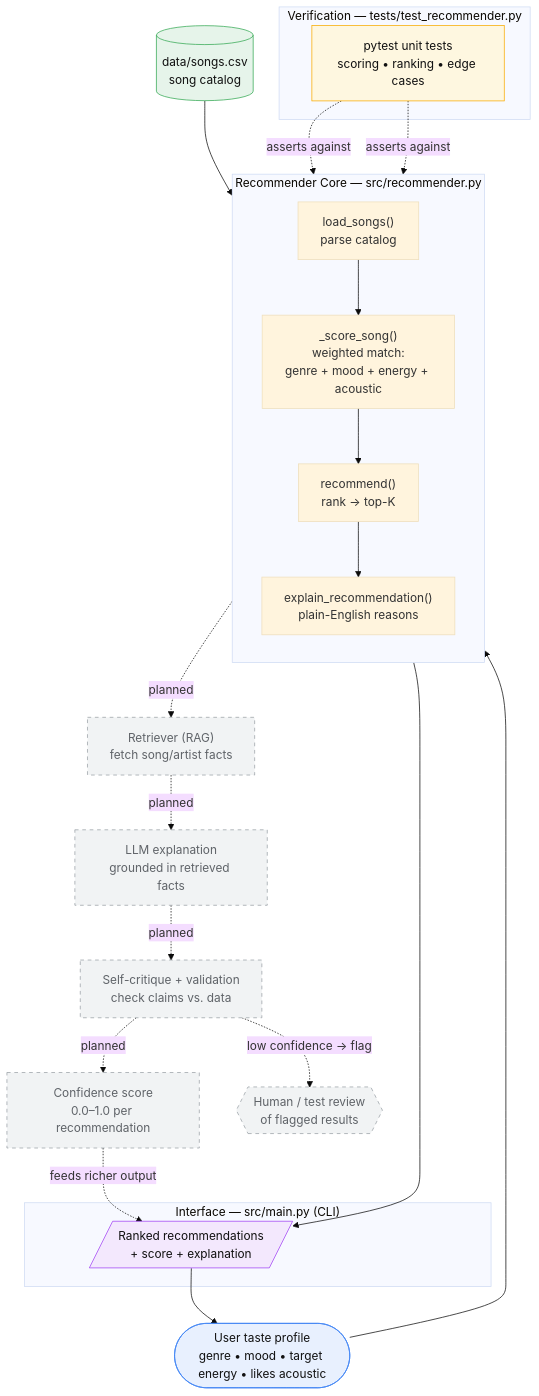
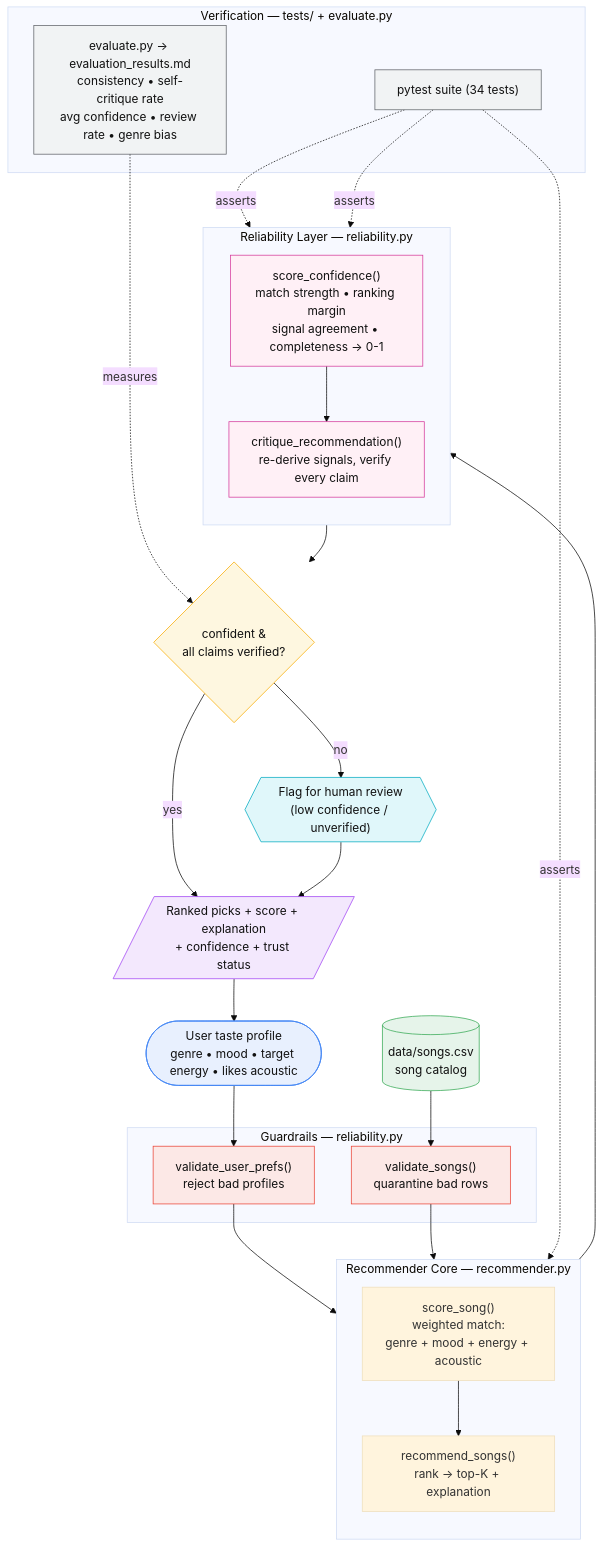
One commit to Jblck11/applied-ai-system-final changed the diagram in diagrams/README.md. Above: the diagram before and after it, drawn with Mermaid (base theme). The commit also changed other lines of this file and 6 other files, not shown here.

First line of the commit message:
Documentation: portfolio README, full model card, finalized diagram, evidence

````diff
--- a/diagrams/README.md
+++ b/diagrams/README.md
@@ -19,41 +18,56 @@
 ```mermaid
 flowchart TD
     U([User taste profile<br/>genre &bull; mood &bull; target energy &bull; likes acoustic]):::user
     CSV[("data/songs.csv<br/>song catalog")]:::data
 
-    subgraph CORE["Recommender Core &mdash; src/recommender.py"]
-        direction TB
-        L["load_songs()<br/>parse catalog"] --> S["_score_song()<br/>weighted match:<br/>genre + mood + energy + acoustic"]
-        S --> RK["recommend()<br/>rank &rarr; top-K"]
-        RK --> EX["explain_recommendation()<br/>plain-English reasons"]
+    subgraph GUARD["Guardrails &mdash; reliability.py"]
+        VP["validate_user_prefs()<br/>reject bad profiles"]:::guard
+        VS["validate_songs()<br/>quarantine bad rows"]:::guard
     end
 
-    subgraph UI["Interface &mdash; src/main.py (CLI)"]
-        OUT[/"Ranked recommendations<br/>+ score + explanation"/]:::out
+    subgraph CORE["Recommender Core &mdash; recommender.py"]
+        direction TB
+        SC1["score_song()<br/>weighted match:<br/>genre + mood + energy + acoustic"] --> RK["recommend_songs()<br/>rank &rarr; top-K + explanation"]
     end
 
-    subgraph TESTS["Verification &mdash; tests/test_recommender.py"]
-        T["pytest unit tests<br/>scoring &bull; ranking &bull; edge cases"]:::test
+    subgraph REL["Reliability Layer &mdash; reliability.py"]
+        direction TB
+        CONF["score_confidence()<br/>match strength &bull; ranking margin<br/>signal agreement &bull; completeness &rarr; 0-1"]:::rel
+        CRIT["critique_recommendation()<br/>re-derive signals, verify every claim"]:::rel
+        CONF --> CRIT
     end
 
-    U --> L
-    CSV --> L
-    EX --> OUT
+    DECIDE{"confident &amp;<br/>all claims verified?"}:::decide
+    OUT[/"Ranked picks + score + explanation<br/>+ confidence + trust status"/]:::out
+    HUMAN{{"Flag for human review<br/>(low confidence / unverified)"}}:::human
+
+    subgraph VERIFY["Verification &mdash; tests/ + evaluate.py"]
+        T["pytest suite (34 tests)"]:::test
+        EV["evaluate.py &rarr; evaluation_results.md<br/>consistency &bull; self-critique rate<br/>avg confidence &bull; review rate &bull; genre bias"]:::test
+    end
+
+    U --> VP
+    CSV --> VS
+    VP --> SC1
+    VS --> SC1
+    RK --> CONF
+    CRIT --> DECIDE
+    DECIDE -->|yes| OUT
+    DECIDE -->|no| HUMAN
+    HUMAN --> OUT
     OUT --> U
 
-    T -. "asserts against" .-> S
-    T -. "asserts against" .-> RK
-
-    RK -. planned .-> RET["Retriever (RAG)<br/>fetch song/artist facts"]:::planned
-    RET -. planned .-> GEN["LLM explanation<br/>grounded in retrieved facts"]:::planned
-    GEN -. planned .-> CRIT["Self-critique + validation<br/>check claims vs. data"]:::planned
-    CRIT -. planned .-> CONF["Confidence score<br/>0.0&ndash;1.0 per recommendation"]:::planned
-    CONF -. "feeds richer output" .-> OUT
-    CRIT -. "low confidence -> flag" .-> HUMAN{{"Human / test review<br/>of flagged results"}}:::planned
+    T -. asserts .-> SC1
+    T -. asserts .-> CONF
+    T -. asserts .-> CRIT
+    EV -. measures .-> DECIDE
 
     classDef user fill:#e8f0fe,stroke:#4285f4,color:#111;
     classDef data fill:#e6f4ea,stroke:#34a853,color:#111;
+    classDef guard fill:#fce8e6,stroke:#ea4335,color:#111;
+    classDef rel fill:#fff0f6,stroke:#d5399b,color:#111;
+    classDef decide fill:#fef7e0,stroke:#f9ab00,color:#111;
     classDef out fill:#f3e8fd,stroke:#a142f4,color:#111;
-    classDef test fill:#fef7e0,stroke:#f9ab00,color:#111;
-    classDef planned fill:#f1f3f4,stroke:#9aa0a6,color:#5f6368,stroke-dasharray:5 5;
+    classDef human fill:#e0f7fa,stroke:#00acc1,color:#111;
+    classDef test fill:#f1f3f4,stroke:#5f6368,color:#111;
 ```
````
